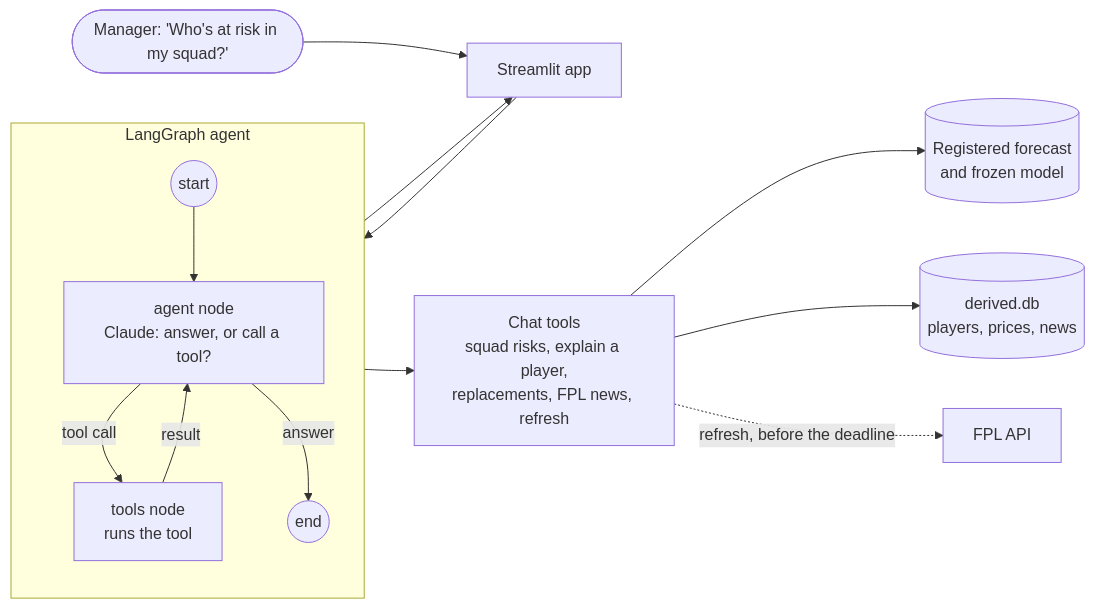
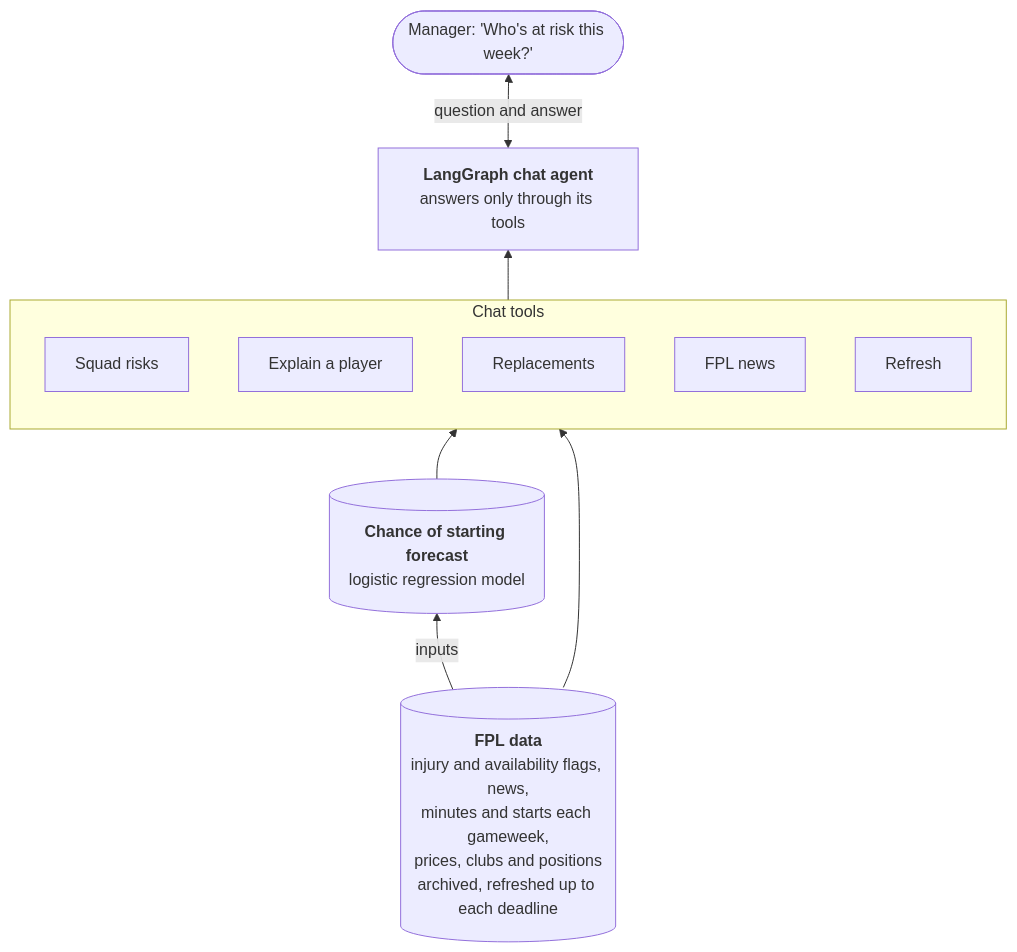
Before and after one commit to tonyjward/fpl-starts: the diagram in README.md, drawn with Mermaid. The commit also changed other lines of this file, not shown here.

Commit message:
Lead the README with the chat decision platform
Open with the problem (managers' weekly decisions hinge on who starts) and
the chat interface that answers questions grounded in the statistical
model, then a "How it works" section with a diagram: FPL data feeds the
chance of starting forecast, both feed the chat tools, which feed the
LangGraph agent the manager talks to.

````diff
--- a/README.md
+++ b/README.md
@@ -36,17 +40,19 @@
 ```mermaid
-flowchart LR
-    M(["Manager: 'Who's at risk in my squad?'"]) --> APP["Streamlit app"]
-    APP --> AGENT
-    subgraph AGENT["LangGraph agent"]
-        direction TB
-        S(("start")) --> A["agent node<br/>Claude: answer, or call a tool?"]
-        A -->|tool call| T["tools node<br/>runs the tool"]
-        T -->|result| A
-        A -->|answer| E(("end"))
+flowchart BT
+    DATA[("<b>FPL data</b><br/>injury and availability flags, news,<br/>minutes and starts each gameweek,<br/>prices, clubs and positions<br/>archived, refreshed up to each deadline")]
+    FC[("<b>Chance of starting forecast</b><br/>logistic regression model")]
+    subgraph TOOLS["Chat tools"]
+        T1["Squad risks"]
+        T2["Explain a player"]
+        T3["Replacements"]
+        T4["FPL news"]
+        T5["Refresh"]
     end
-    T --> TOOLS["Chat tools<br/>squad risks, explain a player,<br/>replacements, FPL news, refresh"]
-    TOOLS --> FC[("Registered forecast<br/>and frozen model")]
-    TOOLS --> DB[("derived.db<br/>players, prices, news")]
-    TOOLS -.->|refresh, before the deadline| API["FPL API"]
-    E --> APP
+    D["<b>LangGraph chat agent</b><br/>answers only through its tools"]
+    M(["Manager: 'Who's at risk this week?'"])
+    DATA -->|inputs| FC
+    FC --> TOOLS
+    DATA --> TOOLS
+    TOOLS --> D
+    D <-->|question and answer| M
 ```
````
